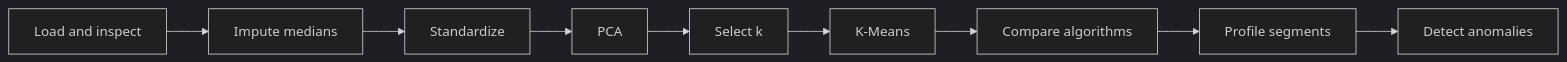
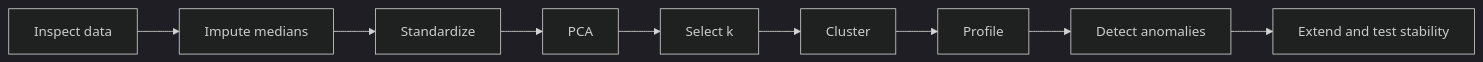
One commit to Bootcamp-IA-MAD-P7/unsupervised-ml-workshop changed the diagram in docs/credit-card.md. Above: the diagram before and after it, drawn with Mermaid (dark theme). The commit also changed other lines of this file and 12 other files, not shown here.

````diff
--- a/docs/credit-card.md
+++ b/docs/credit-card.md
@@ -28,11 +39,11 @@
 ```mermaid
 flowchart LR
-    A[Load and inspect] --> B[Impute medians]
+    A[Inspect data] --> B[Impute medians]
     B --> C[Standardize]
     C --> D[PCA]
     D --> E[Select k]
-    E --> F[K-Means]
-    F --> G[Compare algorithms]
-    G --> H[Profile segments]
-    H --> I[Detect anomalies]
+    E --> F[Cluster]
+    F --> G[Profile]
+    G --> H[Detect anomalies]
+    H --> I[Extend and test stability]
 ```
````
